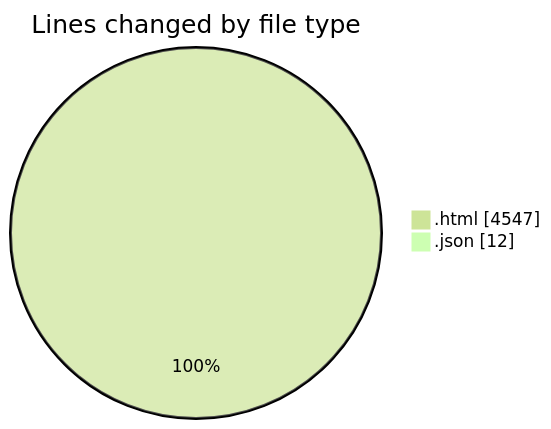
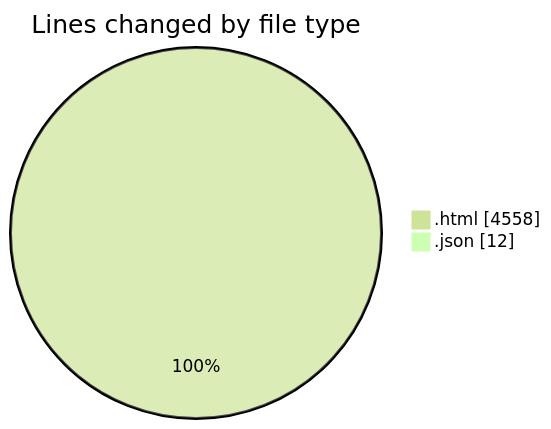
Before and after one commit to momahboobian/code-tracking: the first of 2 diagrams in 2026-05-21/pdf_invoice/README.md, drawn with Mermaid (forest theme). The commit also changed other lines of this file and 1 other file, not shown here.

````diff
--- a/2026-05-21/pdf_invoice/README.md
+++ b/2026-05-21/pdf_invoice/README.md
@@ -26,6 +26,6 @@
 ```mermaid
 pie showData
 title Lines changed by file type
-".html" : 4547
+".html" : 4558
 ".json" : 12
 ```
````
